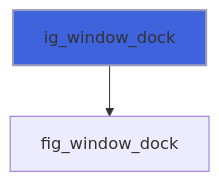
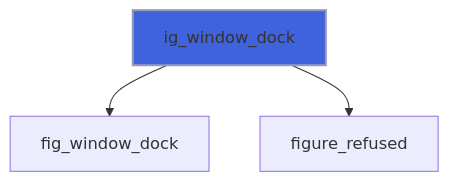
Before and after one commit to szaghi/figure: the sixth of 9 diagrams in docs/api/src/lib/figure_dock.md, drawn with Mermaid. The commit also changed other lines of this file and 10 other files, not shown here.

````diff
--- a/docs/api/src/lib/figure_dock.md
+++ b/docs/api/src/lib/figure_dock.md
@@ -183,5 +196,6 @@
 ```mermaid
 flowchart TD
   ig_window_dock["ig_window_dock"] --> fig_window_dock["fig_window_dock"]
+  ig_window_dock["ig_window_dock"] --> figure_refused["figure_refused"]
   style ig_window_dock fill:#3e63dd,stroke:#99b,stroke-width:2px
 ```
````
